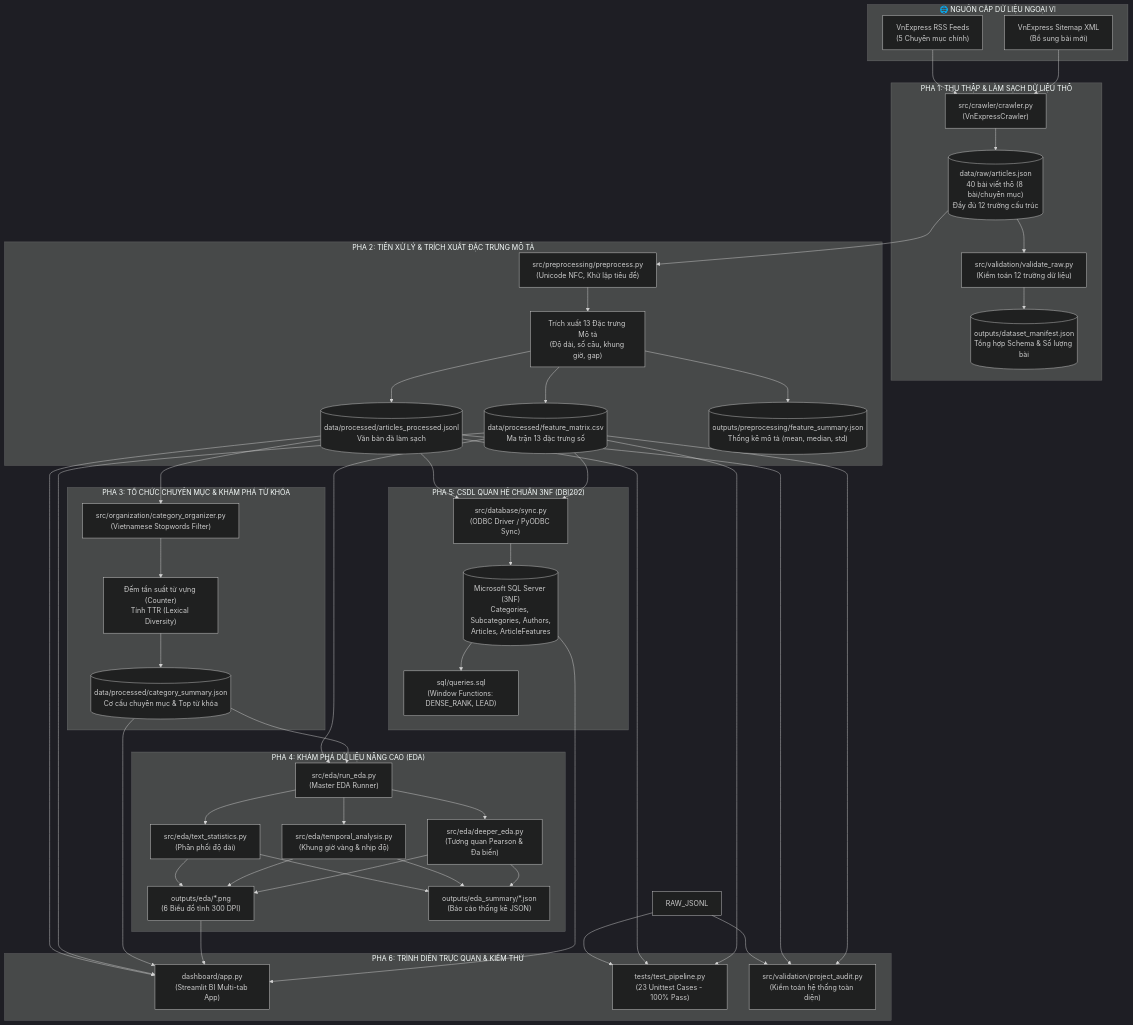
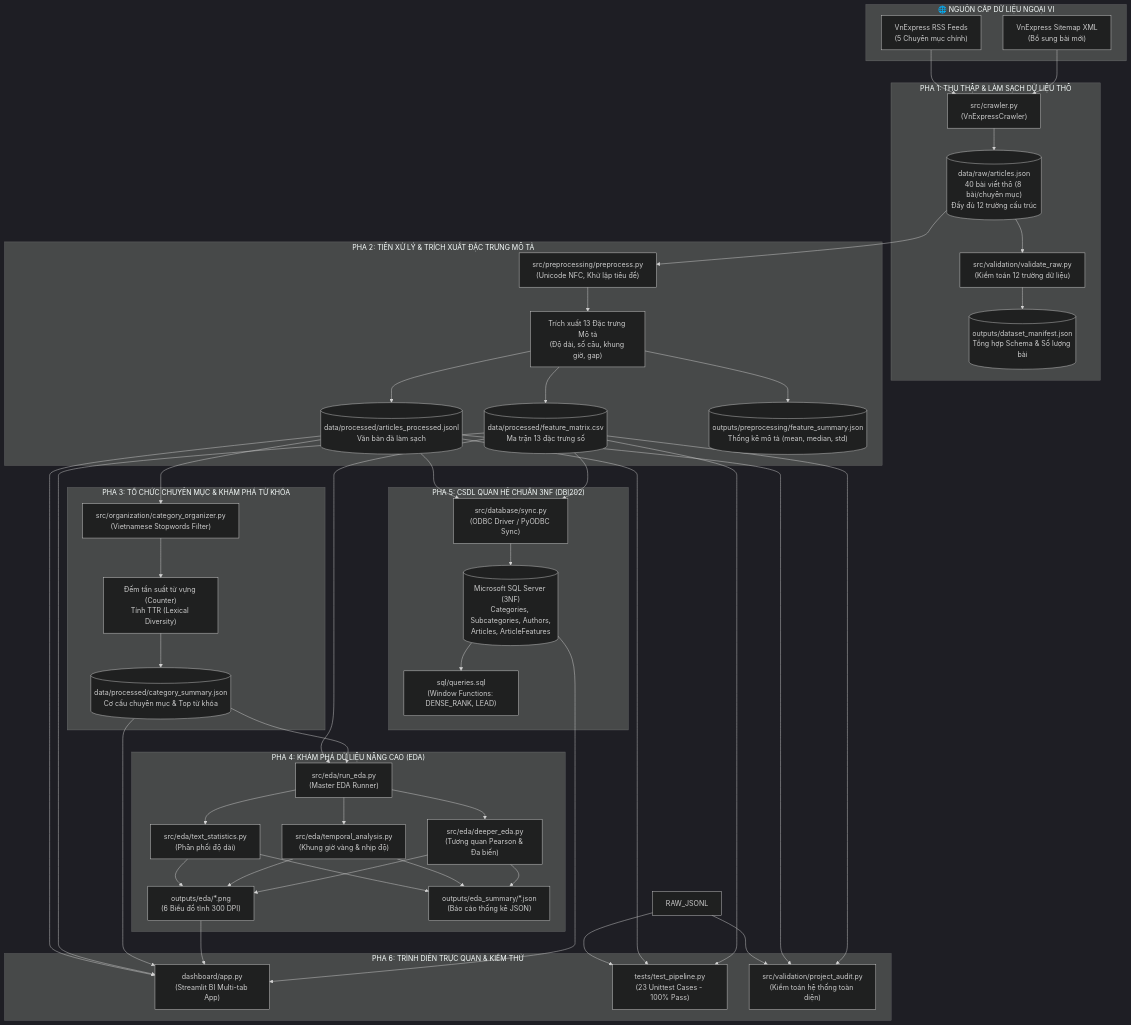
One commit to Trunghieu2007/ADY201m-Project changed the first of 5 diagrams in docs/pipeline_flow.md. Above: the diagram before and after it, drawn with Mermaid (dark theme). The commit also changed other lines of this file and 6 other files, not shown here.

Commit message:
refactor: gop toan bo src/crawler thanh src/crawler.py duy nhat, loai bo alias va package thua

````diff
--- a/docs/pipeline_flow.md
+++ b/docs/pipeline_flow.md
@@ -13,61 +13,61 @@
 ```mermaid
 flowchart TD
     subgraph S0 ["🌐 NGUỒN CẤP DỮ LIỆU NGOẠI VI"]
         RSS["VnExpress RSS Feeds\n(5 Chuyên mục chính)"]
         SITEMAP["VnExpress Sitemap XML\n(Bổ sung bài mới)"]
     end
 
     subgraph S1 ["PHA 1: THU THẬP & LÀM SẠCH DỮ LIỆU THÔ"]
-        CRW["src/crawler/crawler.py\n(VnExpressCrawler)"]
+        CRW["src/crawler.py\n(VnExpressCrawler)"]
         RAW_JSON[("data/raw/articles.json\n40 bài viết thô (8 bài/chuyên mục)\nĐầy đủ 12 trường cấu trúc")]
         VAL_RAW["src/validation/validate_raw.py\n(Kiểm toán 12 trường dữ liệu)"]
         MAN_RAW[("outputs/dataset_manifest.json\nTổng hợp Schema & Số lượng bài")]
     end
 
     subgraph S2 ["PHA 2: TIỀN XỬ LÝ & TRÍCH XUẤT ĐẶC TRƯNG MÔ TẢ"]
         PRE["src/preprocessing/preprocess.py\n(Unicode NFC, Khử lặp tiêu đề)"]
         FEAT["Trích xuất 13 Đặc trưng Mô tả\n(Độ dài, số câu, khung giờ, gap)"]
         PROC_JSONL[("data/processed/articles_processed.jsonl\nVăn bản đã làm sạch")]
         FEAT_CSV[("data/processed/feature_matrix.csv\nMa trận 13 đặc trưng số")]
         FEAT_SUM[("outputs/preprocessing/feature_summary.json\nThống kê mô tả (mean, median, std)")]
     end
 
     subgraph S3 ["PHA 3: TỔ CHỨC CHUYÊN MỤC & KHÁM PHÁ TỪ KHÓA"]
         ORG["src/organization/category_organizer.py\n(Vietnamese Stopwords Filter)"]
         VOCAB["Đếm tần suất từ vựng (Counter)\nTính TTR (Lexical Diversity)"]
         CAT_SUM[("data/processed/category_summary.json\nCơ cấu chuyên mục & Top từ khóa")]
     end
 
     subgraph S4 ["PHA 4: KHÁM PHÁ DỮ LIỆU NÂNG CAO (EDA)"]
         EDA_RUN["src/eda/run_eda.py\n(Master EDA Runner)"]
         EDA_TXT["src/eda/text_statistics.py\n(Phân phối độ dài)"]
         EDA_TIME["src/eda/temporal_analysis.py\n(Khung giờ vàng & nhịp độ)"]
         EDA_DEEP["src/eda/deeper_eda.py\n(Tương quan Pearson & Đa biến)"]
         EDA_PLOTS["outputs/eda/*.png\n(6 Biểu đồ tĩnh 300 DPI)"]
         EDA_REPS["outputs/eda_summary/*.json\n(Báo cáo thống kê JSON)"]
     end
 
     subgraph S5 ["PHA 5: CSDL QUAN HỆ CHUẨN 3NF (DBI202)"]
         SYNC["src/database/sync.py\n(ODBC Driver / PyODBC Sync)"]
         SQL_DB[("Microsoft SQL Server (3NF)\nCategories, Subcategories, Authors,\nArticles, ArticleFeatures")]
         QUERIES["sql/queries.sql\n(Window Functions: DENSE_RANK, LEAD)"]
     end
 
     subgraph S6 ["PHA 6: TRÌNH DIỄN TRỰC QUAN & KIỂM THỬ"]
         APP["dashboard/app.py\n(Streamlit BI Multi-tab App)"]
         TEST["tests/test_pipeline.py\n(23 Unittest Cases - 100% Pass)"]
         AUDIT["src/validation/project_audit.py\n(Kiểm toán hệ thống toàn diện)"]
     end
 
     RSS & SITEMAP --> CRW --> RAW_JSON
     RAW_JSON --> VAL_RAW --> MAN_RAW
     RAW_JSON --> PRE --> FEAT
     FEAT --> PROC_JSONL & FEAT_CSV & FEAT_SUM
     PROC_JSONL --> ORG --> VOCAB --> CAT_SUM
     FEAT_CSV & CAT_SUM --> EDA_RUN
     EDA_RUN --> EDA_TXT & EDA_TIME & EDA_DEEP
     EDA_TXT & EDA_TIME & EDA_DEEP --> EDA_PLOTS & EDA_REPS
     PROC_JSONL & FEAT_CSV --> SYNC --> SQL_DB --> QUERIES
     PROC_JSONL & FEAT_CSV & CAT_SUM & EDA_PLOTS & SQL_DB --> APP
     RAW_JSONL & PROC_JSONL & FEAT_CSV --> TEST & AUDIT
 ```
````
